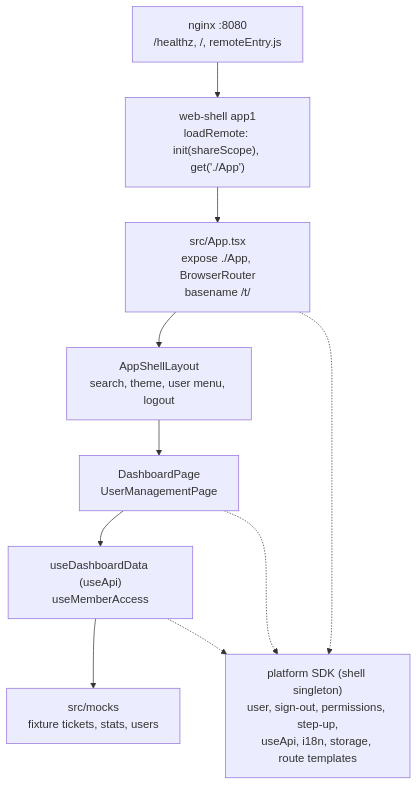
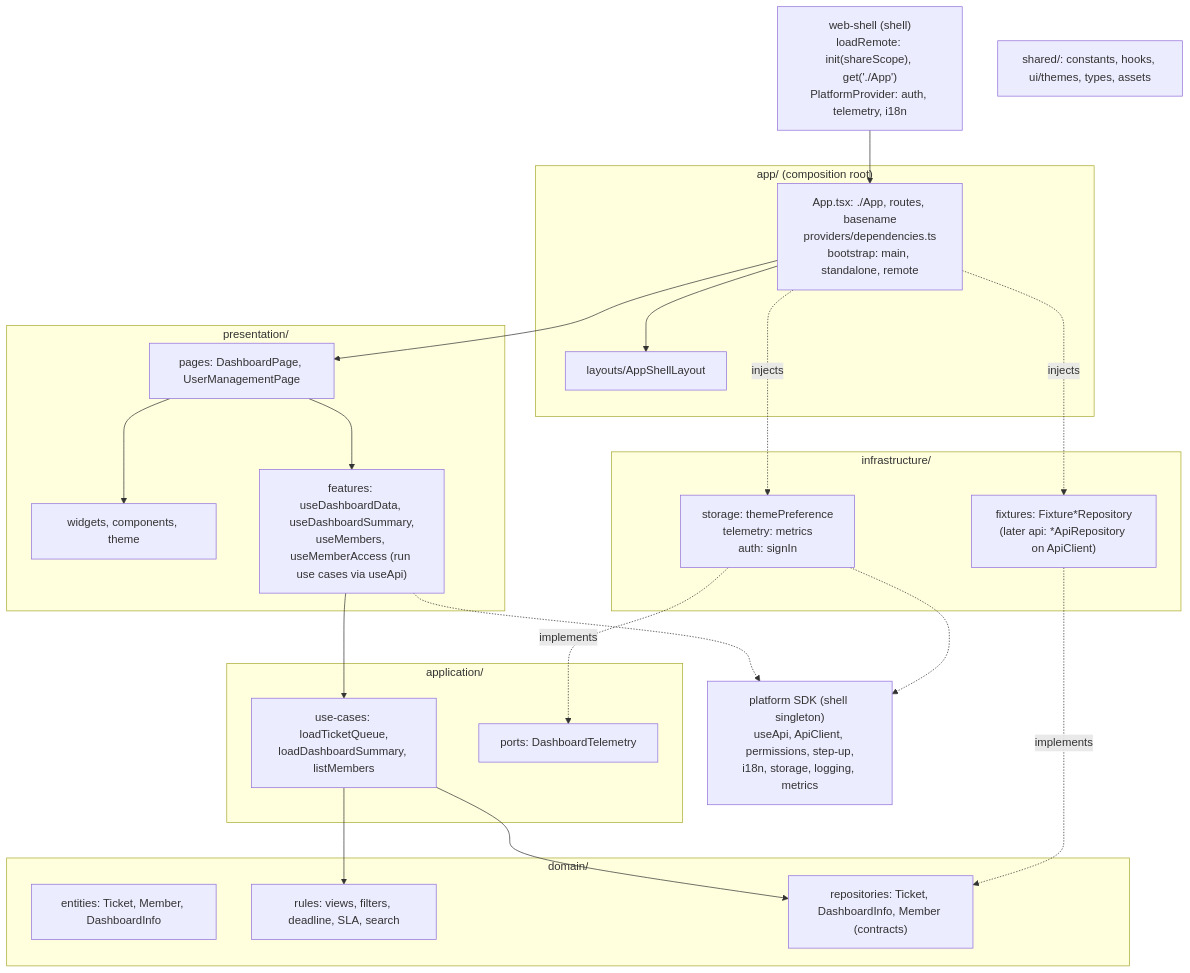
One commit to BCBP-SOLUTIONS-FZC-LLC/mfe-dashboard changed the diagram in docs/architecture/mermaid/layer-model.mmd. Above: the diagram before and after it, drawn with Mermaid. The commit also changed 136 other files, not shown here.

First line of the commit message:
Refactor to the Frontend Architecture Constitution: layers, use cases, repositories, runtime-only config

```diff
--- a/docs/architecture/mermaid/layer-model.mmd
+++ b/docs/architecture/mermaid/layer-model.mmd
@@ -1,19 +1,41 @@
 flowchart TB
-    host["web-shell app1\nloadRemote: init(shareScope), get('./App')"]
-    sdk["platform SDK (shell singleton)\nuser, sign-out, permissions, step-up,\nuseApi, i18n, storage, route templates"]
-    app["src/App.tsx\nexpose ./App, BrowserRouter\nbasename /t/<slug>"]
-    shell["AppShellLayout\nsearch, theme, user menu, logout"]
-    pages["DashboardPage\nUserManagementPage"]
-    hooks["useDashboardData (useApi)\nuseMemberAccess"]
-    mocks["src/mocks\nfixture tickets, stats, users"]
-    nginx["nginx :8080\n/healthz, /, remoteEntry.js"]
+    host["web-shell (shell)\nloadRemote: init(shareScope), get('./App')\nPlatformProvider: auth, telemetry, i18n"]
+    sdk["platform SDK (shell singleton)\nuseApi, ApiClient, permissions, step-up,\ni18n, storage, logging, metrics"]
+    subgraph app["app/ (composition root)"]
+        appRoot["App.tsx: ./App, routes, basename\nproviders/dependencies.ts\nbootstrap: main, standalone, remote"]
+        layout["layouts/AppShellLayout"]
+    end
+    subgraph presentation["presentation/"]
+        pages["pages: DashboardPage, UserManagementPage"]
+        widgets["widgets, components, theme"]
+        features["features: useDashboardData, useDashboardSummary,\nuseMembers, useMemberAccess (run use cases via useApi)"]
+    end
+    subgraph application["application/"]
+        usecases["use-cases: loadTicketQueue,\nloadDashboardSummary, listMembers"]
+        ports["ports: DashboardTelemetry"]
+    end
+    subgraph domain["domain/"]
+        entities["entities: Ticket, Member, DashboardInfo"]
+        rules["rules: views, filters, deadline, SLA, search"]
+        repos["repositories: Ticket, DashboardInfo, Member (contracts)"]
+    end
+    subgraph infrastructure["infrastructure/"]
+        fixtures["fixtures: Fixture*Repository\n(later api: *ApiRepository on ApiClient)"]
+        infraOther["storage: themePreference\ntelemetry: metrics\nauth: signIn"]
+    end
+    shared["shared/: constants, hooks, ui/themes, types, assets"]
 
-    host --> app
-    app --> shell
-    shell --> pages
-    pages --> hooks
-    hooks --> mocks
-    app -.-> sdk
-    pages -.-> sdk
-    hooks -.-> sdk
-    nginx --> host
+    host --> appRoot
+    appRoot --> layout
+    appRoot --> pages
+    pages --> widgets
+    pages --> features
+    features --> usecases
+    usecases --> rules
+    usecases --> repos
+    fixtures -. implements .-> repos
+    infraOther -. implements .-> ports
+    appRoot -. injects .-> fixtures
+    appRoot -. injects .-> infraOther
+    features -.-> sdk
+    infraOther -.-> sdk
```
